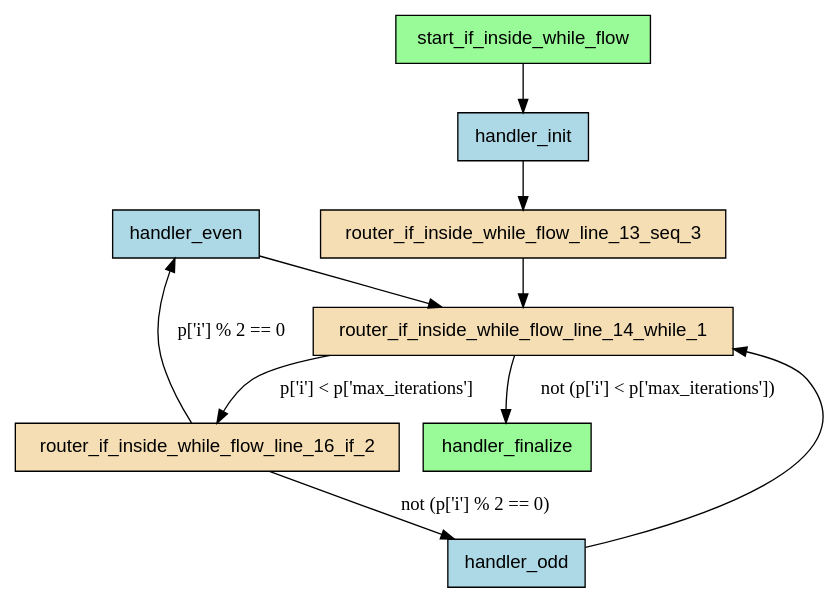
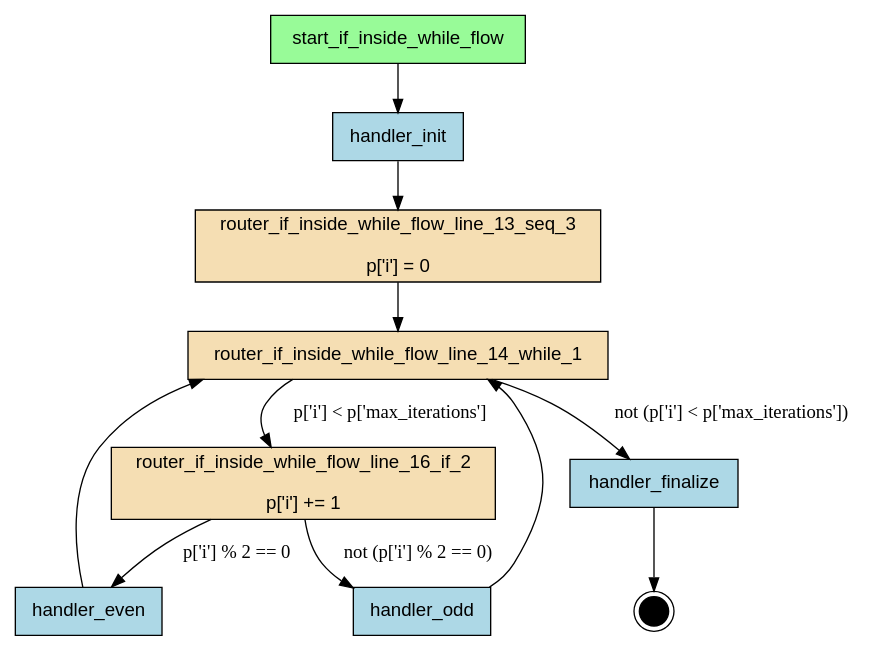
The diagram in examples/flows/compiled/while_with_if/flow.dot (deliveryhero/asya), drawn with Graphviz before and after one commit. The commit also changed 335 other files, not shown here.

First line of the commit message:
chore: regenerate all compiled flow artifacts

```diff
--- a/examples/flows/compiled/while_with_if/flow.dot
+++ b/examples/flows/compiled/while_with_if/flow.dot
@@ -1,23 +1,28 @@
-digraph "if_inside_while_flow" {
+digraph "while_with_if" {
     rankdir=TB;
     node [shape=box, style=filled, fontname="Helvetica"];
 
+    { rank=source; start_if_inside_while_flow; }
+
     handler_even [label="handler_even", fillcolor=lightblue];
-    handler_finalize [label="handler_finalize", fillcolor=palegreen];
+    handler_finalize [label="handler_finalize", fillcolor=lightblue];
     handler_init [label="handler_init", fillcolor=lightblue];
     handler_odd [label="handler_odd", fillcolor=lightblue];
-    router_if_inside_while_flow_line_13_seq_3 [label="router_if_inside_while_flow_line_13_seq_3", fillcolor=wheat];
+    router_if_inside_while_flow_line_13_seq_3 [label="router_if_inside_while_flow_line_13_seq_3\n\np['i'] = 0", fillcolor=wheat];
     router_if_inside_while_flow_line_14_while_1 [label="router_if_inside_while_flow_line_14_while_1", fillcolor=wheat];
-    router_if_inside_while_flow_line_16_if_2 [label="router_if_inside_while_flow_line_16_if_2", fillcolor=wheat];
+    router_if_inside_while_flow_line_16_if_2 [label="router_if_inside_while_flow_line_16_if_2\n\np['i'] += 1", fillcolor=wheat];
     start_if_inside_while_flow [label="start_if_inside_while_flow", fillcolor=palegreen];
+
+    __end__ [label="", shape=doublecircle, fillcolor=black, width=0.3, fixedsize=true];
 
     start_if_inside_while_flow -> handler_init;
     handler_init -> router_if_inside_while_flow_line_13_seq_3;
     router_if_inside_while_flow_line_16_if_2 -> handler_even [label="p['i'] % 2 == 0"];
     router_if_inside_while_flow_line_16_if_2 -> handler_odd [label="not (p['i'] % 2 == 0)"];
     router_if_inside_while_flow_line_14_while_1 -> router_if_inside_while_flow_line_16_if_2 [label="p['i'] < p['max_iterations']"];
     router_if_inside_while_flow_line_14_while_1 -> handler_finalize [label="not (p['i'] < p['max_iterations'])"];
     router_if_inside_while_flow_line_13_seq_3 -> router_if_inside_while_flow_line_14_while_1;
     handler_even -> router_if_inside_while_flow_line_14_while_1;
     handler_odd -> router_if_inside_while_flow_line_14_while_1;
+    handler_finalize -> __end__;
 }
```
